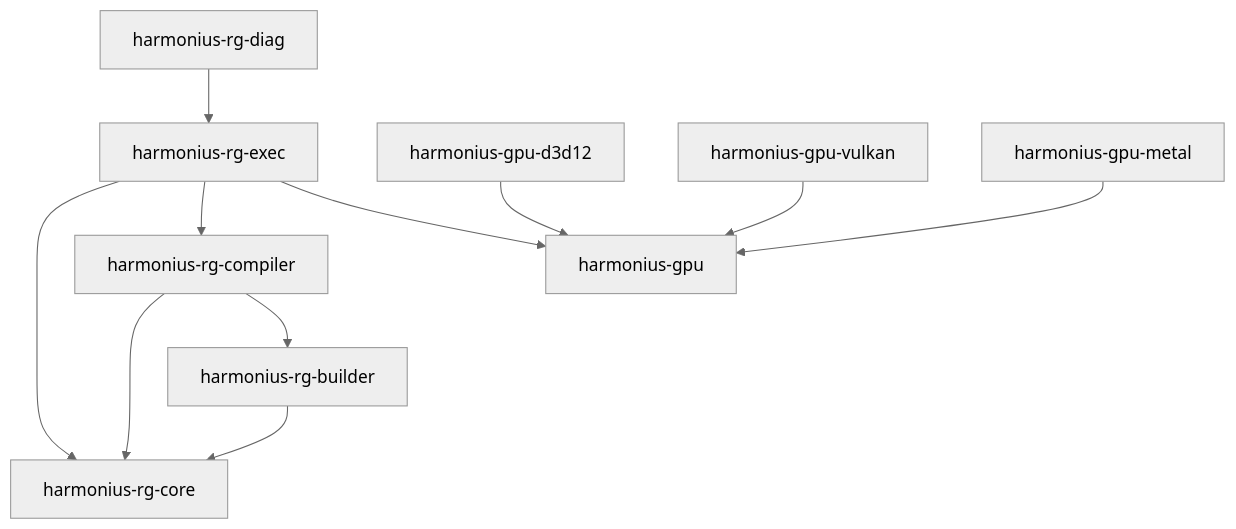
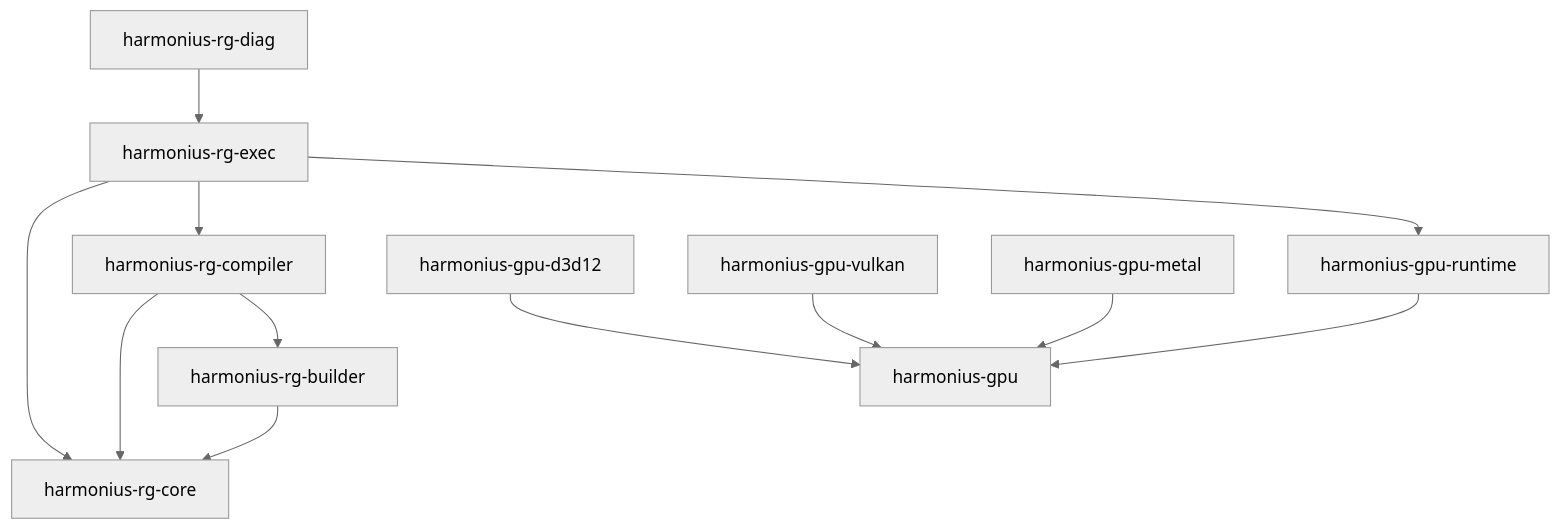
One commit to harmonius-dev/harmonius changed the third of 10 diagrams in docs/design/render-graph-design.md. Above: the diagram before and after it, drawn with Mermaid (neutral theme). The commit also changed other lines of this file and 28 other files, not shown here.

First line of the commit message:
Add GPU runtime layer and remove VMA/D3D12MA dependencies

````diff
--- a/docs/design/render-graph-design.md
+++ b/docs/design/render-graph-design.md
@@ -235,23 +254,25 @@
 ```mermaid
 flowchart TD
     A["harmonius-rg-core"]
     B["harmonius-rg-builder"]
     C["harmonius-rg-compiler"]
     D["harmonius-rg-exec"]
     E["harmonius-rg-diag"]
+    R["harmonius-gpu-runtime"]
     F["harmonius-gpu"]
     G["harmonius-gpu-d3d12"]
     H["harmonius-gpu-vulkan"]
     I["harmonius-gpu-metal"]
 
     B --> A
     C --> A
     C --> B
     D --> A
     D --> C
-    D --> F
+    D --> R
     E --> D
+    R --> F
     G --> F
     H --> F
     I --> F
 ```
````
